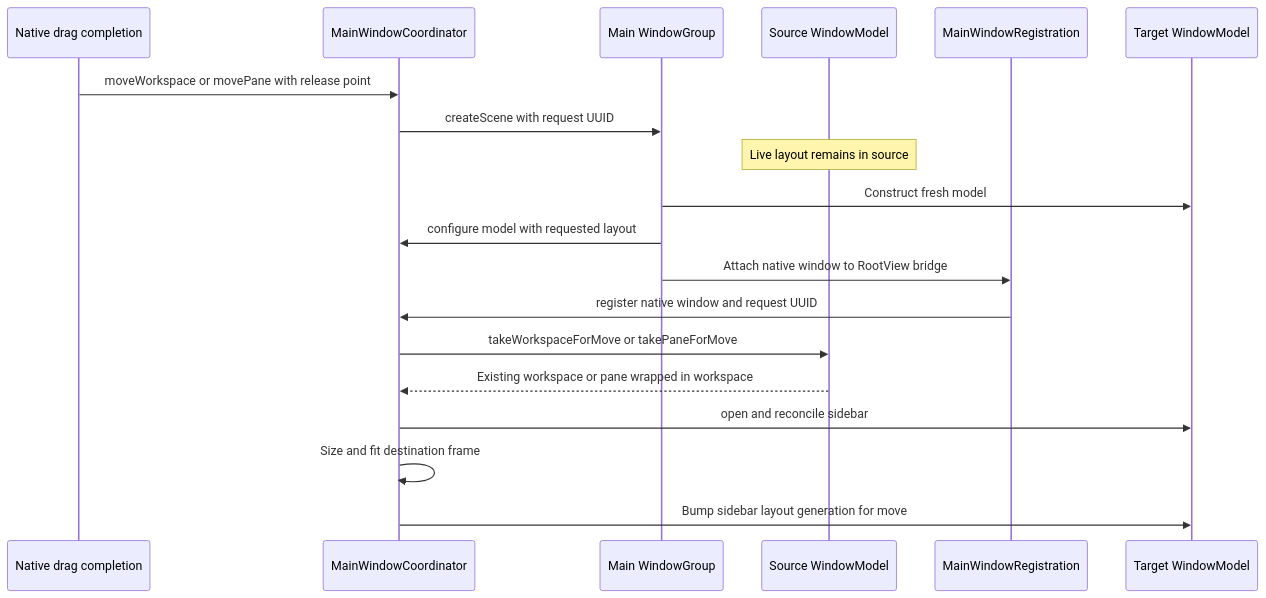
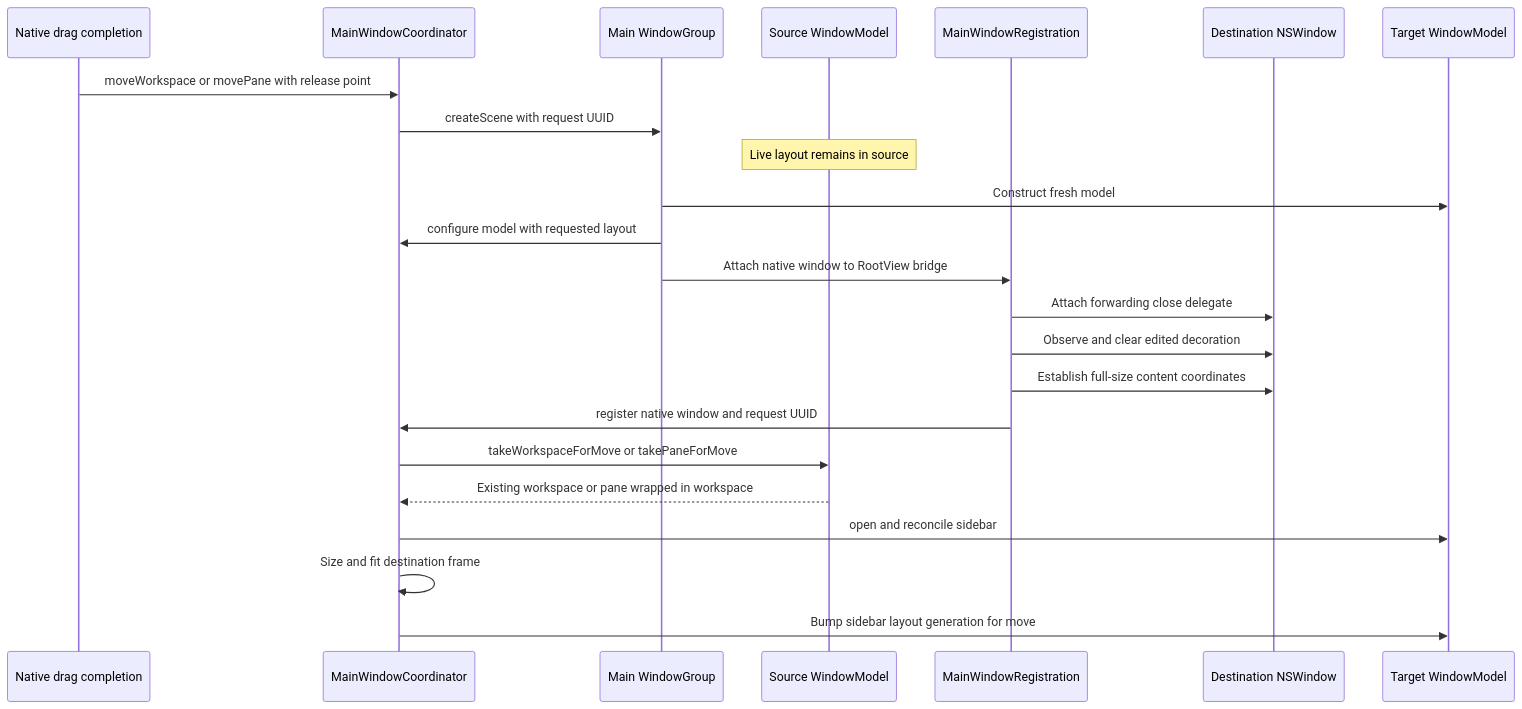
Before and after one commit to AkinoKaede/Termind: the diagram in openwiki/workflows/desktop-drag-and-drop.md, drawn with Mermaid. The commit also changed other lines of this file and 47 other files, not shown here.

````diff
--- a/openwiki/workflows/desktop-drag-and-drop.md
+++ b/openwiki/workflows/desktop-drag-and-drop.md
@@ -181,21 +179,25 @@
 ```mermaid
 sequenceDiagram
     participant Drag as Native drag completion
     participant Coordinator as MainWindowCoordinator
     participant Scene as Main WindowGroup
     participant Source as Source WindowModel
     participant Bridge as MainWindowRegistration
+    participant Native as Destination NSWindow
     participant Target as Target WindowModel
     Drag->>Coordinator: moveWorkspace or movePane with release point
     Coordinator->>Scene: createScene with request UUID
     Note over Source: Live layout remains in source
     Scene->>Target: Construct fresh model
     Scene->>Coordinator: configure model with requested layout
     Scene->>Bridge: Attach native window to RootView bridge
+    Bridge->>Native: Attach forwarding close delegate
+    Bridge->>Native: Observe and clear edited decoration
+    Bridge->>Native: Establish full-size content coordinates
     Bridge->>Coordinator: register native window and request UUID
     Coordinator->>Source: takeWorkspaceForMove or takePaneForMove
     Source-->>Coordinator: Existing workspace or pane wrapped in workspace
     Coordinator->>Target: open and reconcile sidebar
     Coordinator->>Coordinator: Size and fit destination frame
     Coordinator->>Target: Bump sidebar layout generation for move
 ```
````
